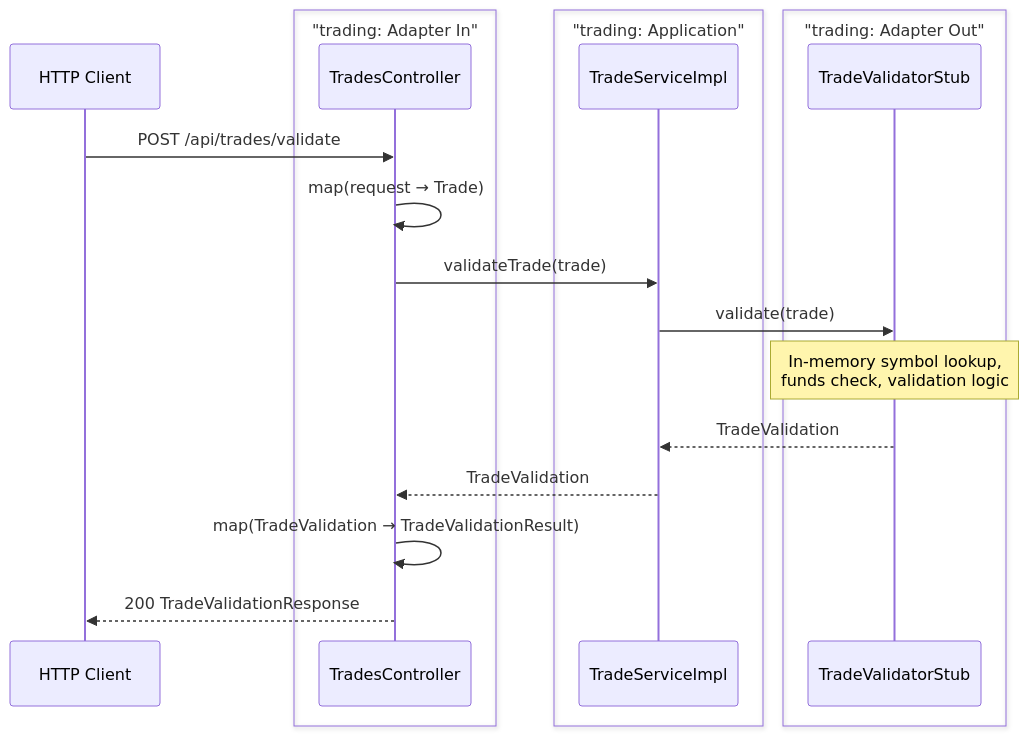
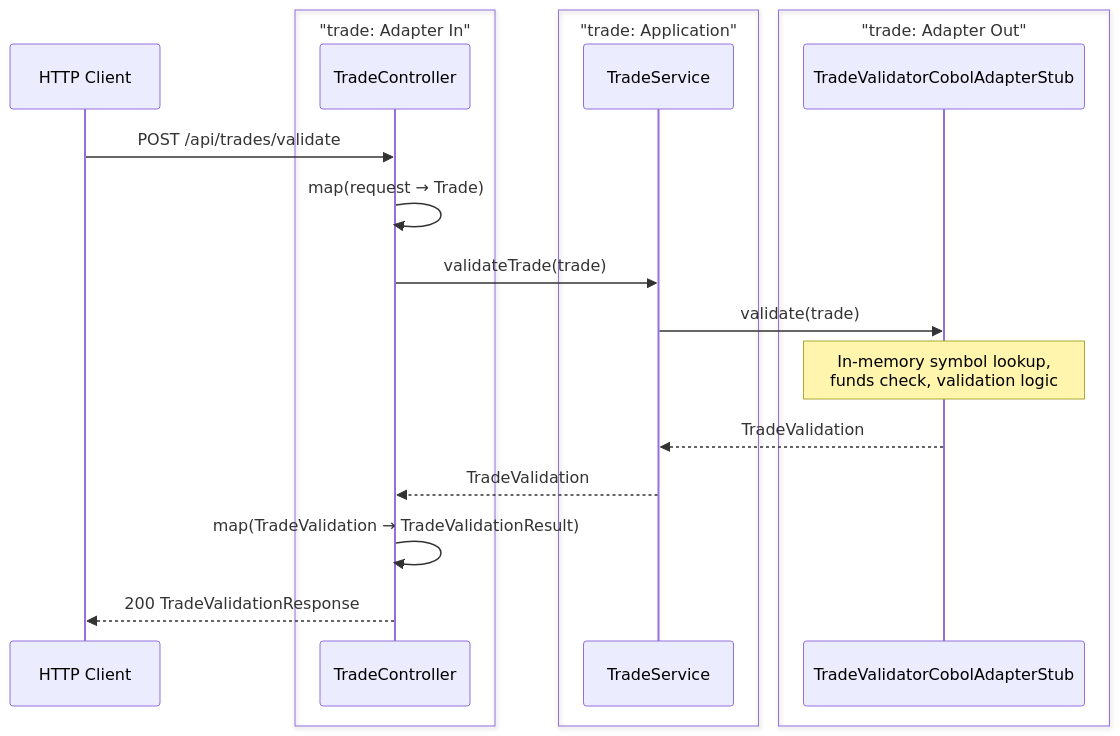
Before and after one commit to franBec/stonks-simulator: the third of 7 diagrams in stonks_java/README.md, drawn with Mermaid. The commit also changed other lines of this file and 86 other files, not shown here.

````diff
--- a/stonks_java/README.md
+++ b/stonks_java/README.md
@@ -88,23 +84,23 @@
 ```mermaid
 sequenceDiagram
     participant Client as HTTP Client
-    box "trading: Adapter In"
-    participant TC as TradesController
+    box "trade: Adapter In"
+    participant TC as TradeController
     end
-    box "trading: Application"
-    participant TS as TradeServiceImpl
+    box "trade: Application"
+    participant TS as TradeService
     end
-    box "trading: Adapter Out"
-    participant TVS as TradeValidatorStub
+    box "trade: Adapter Out"
+    participant TVS as TradeValidatorCobolAdapterStub
     end
 
     Client->>TC: POST /api/trades/validate
     TC->>TC: map(request → Trade)
     TC->>TS: validateTrade(trade)
     TS->>TVS: validate(trade)
     Note over TVS: In-memory symbol lookup,<br/>funds check, validation logic
     TVS-->>TS: TradeValidation
     TS-->>TC: TradeValidation
     TC->>TC: map(TradeValidation → TradeValidationResult)
     TC-->>Client: 200 TradeValidationResponse
 ```
````
